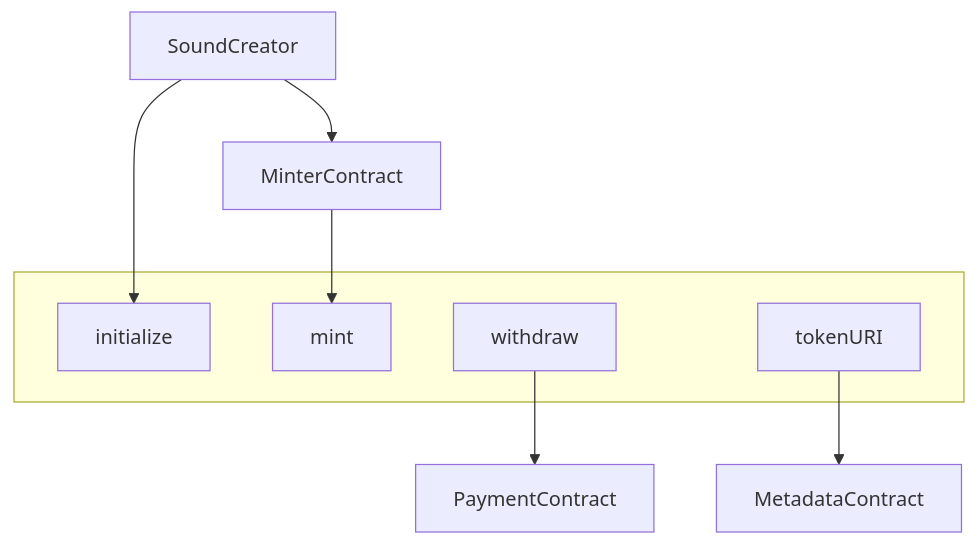
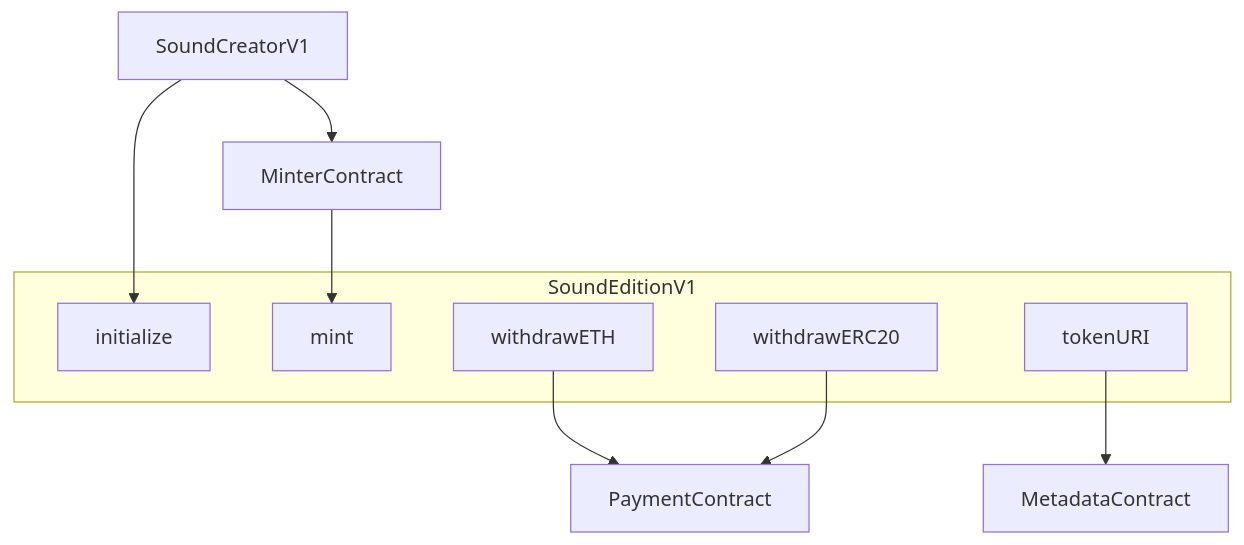
One commit to soundxyz/sound-protocol changed the diagram in README.md. Above: the diagram before and after it, drawn with Mermaid.

````diff
--- a/README.md
+++ b/README.md
@@ -60,17 +60,18 @@
 ```mermaid
 graph TD
-    SoundCreator --> initialize
-    SoundCreator --> MinterContract
+    SoundCreatorV1 --> initialize
+    SoundCreatorV1 --> MinterContract
 
-    subgraph SoundEdition[ ]
+    subgraph SoundEditionV1
     initialize
     mint
-    withdraw
+    withdrawETH
+    withdrawERC20
     tokenURI
     end
 
     tokenURI --> MetadataContract
     MinterContract --> mint
-    withdraw --> PaymentContract
-
+    withdrawETH --> PaymentContract
+    withdrawERC20 --> PaymentContract
 ```
````
